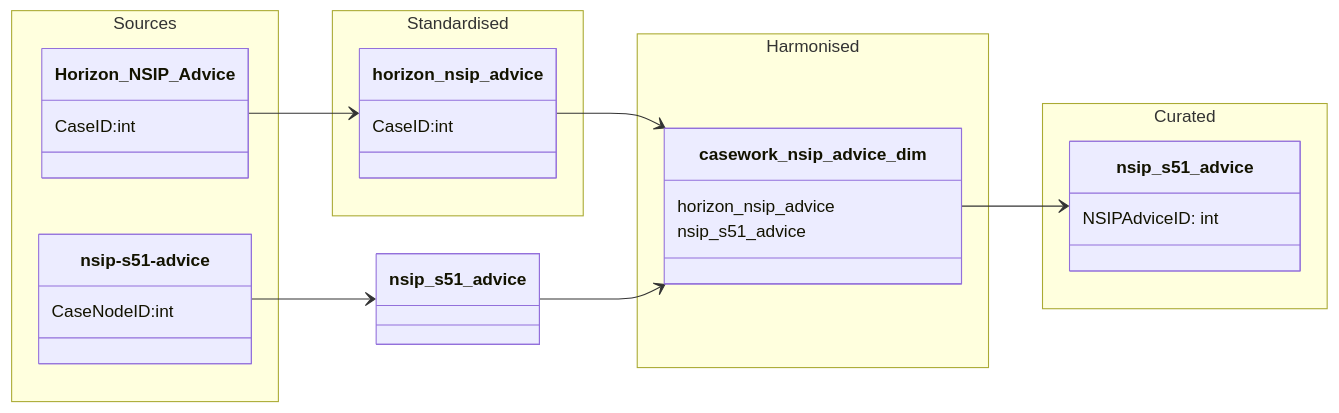
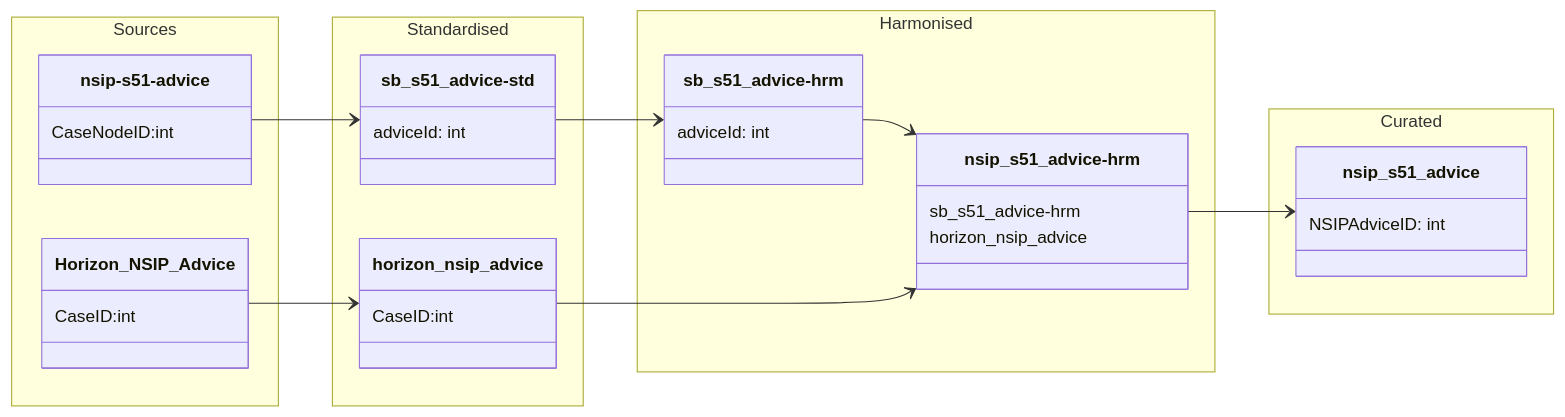
Before and after one commit to Planning-Inspectorate/odw-synapse-workspace: the diagram in data-models/nsip-s51-advice.md, drawn with Mermaid.

Commit message:
fix: datamodel (#1299)

````diff
--- a/data-models/nsip-s51-advice.md
+++ b/data-models/nsip-s51-advice.md
@@ -7,59 +7,61 @@
 ```mermaid
 
 classDiagram
 
     direction LR
 
     namespace Sources {
 
         class Horizon_NSIP_Advice {
             CaseID:int
         }
 
         class nsip-s51-advice{
             CaseNodeID:int
         }
 
 
     }
     
     namespace Standardised {
 
         class horizon_nsip_advice {
              CaseID:int
         }
 
-        class nsip_s51_advice {
-            
+        class sb_s51_advice-std {
+            adviceId: int
         }
 
     }
 
     namespace Harmonised {
 
-
-        class casework_nsip_advice_dim {
+        class nsip_s51_advice-hrm {
+            sb_s51_advice-hrm 
             horizon_nsip_advice
-            nsip_s51_advice 
         }
 
+        class sb_s51_advice-hrm {
+            adviceId: int
+        }
+    
     }
 
     namespace Curated {
 
         class nsip_s51_advice {
             NSIPAdviceID: int
         }
     }
 
 
+`nsip-s51-advice` --> `sb_s51_advice-std`
+`sb_s51_advice-std` --> `sb_s51_advice-hrm`
+`sb_s51_advice-hrm` --> `nsip_s51_advice-hrm`
+`nsip_s51_advice-hrm` --> `nsip_s51_advice`
+
 `Horizon_NSIP_Advice` --> `horizon_nsip_advice`
-`nsip-s51-advice` -->` nsip_s51_advice `
-
-`horizon_nsip_advice` --> `casework_nsip_advice_dim`
-
-` nsip_s51_advice `--> `casework_nsip_advice_dim`
-
-`casework_nsip_advice_dim` --> `nsip_s51_advice`
+`horizon_nsip_advice` --> `nsip_s51_advice-hrm`
 
 ```
````
